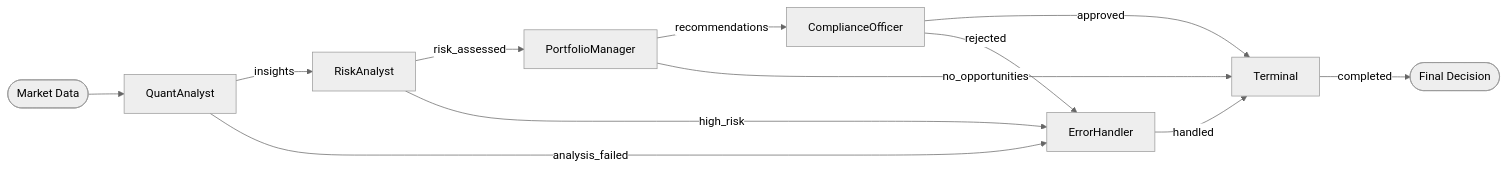
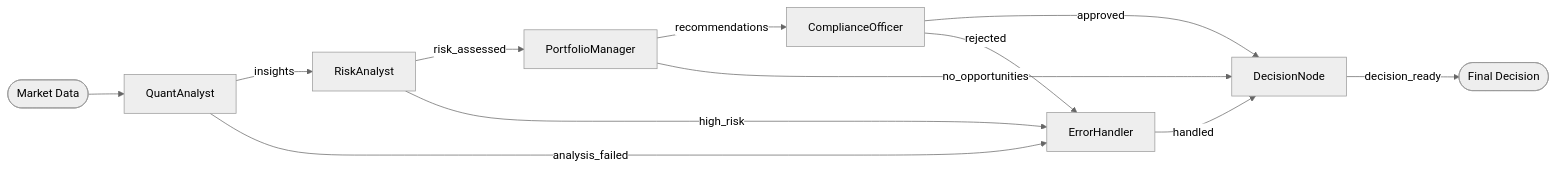
One commit to artificial-sapience/clearflow changed the diagram in examples/portfolio_analysis/README.md. Above: the diagram before and after it, drawn with Mermaid (neutral theme). The commit also changed other lines of this file and 29 other files, not shown here.

````diff
--- a/examples/portfolio_analysis/README.md
+++ b/examples/portfolio_analysis/README.md
@@ -74,14 +74,14 @@
 ```mermaid
 graph LR
     Start([Market Data]) --> Q[QuantAnalyst]
     Q -->|insights| R[RiskAnalyst]
     Q -->|analysis_failed| E[ErrorHandler]
     R -->|risk_assessed| P[PortfolioManager]
     R -->|high_risk| E
     P -->|recommendations| C[ComplianceOfficer]
-    P -->|no_opportunities| T[Terminal]
-    C -->|approved| T[Terminal]
+    P -->|no_opportunities| D[DecisionNode]
+    C -->|approved| D[DecisionNode]
     C -->|rejected| E
-    E -->|handled| T
-    T -->|completed| End([Final Decision])
+    E -->|handled| D
+    D -->|decision_ready| End([Final Decision])
 ```
````
